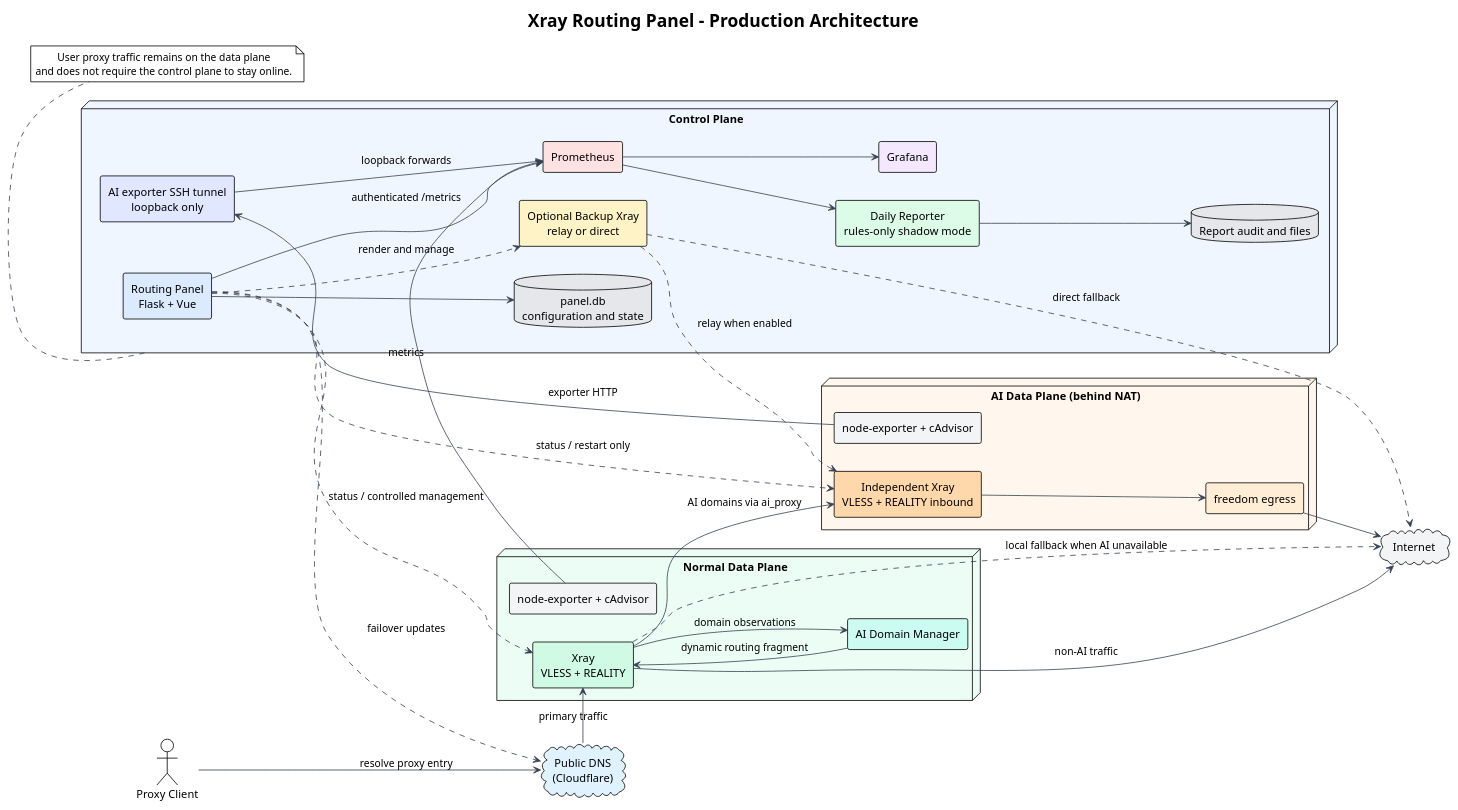
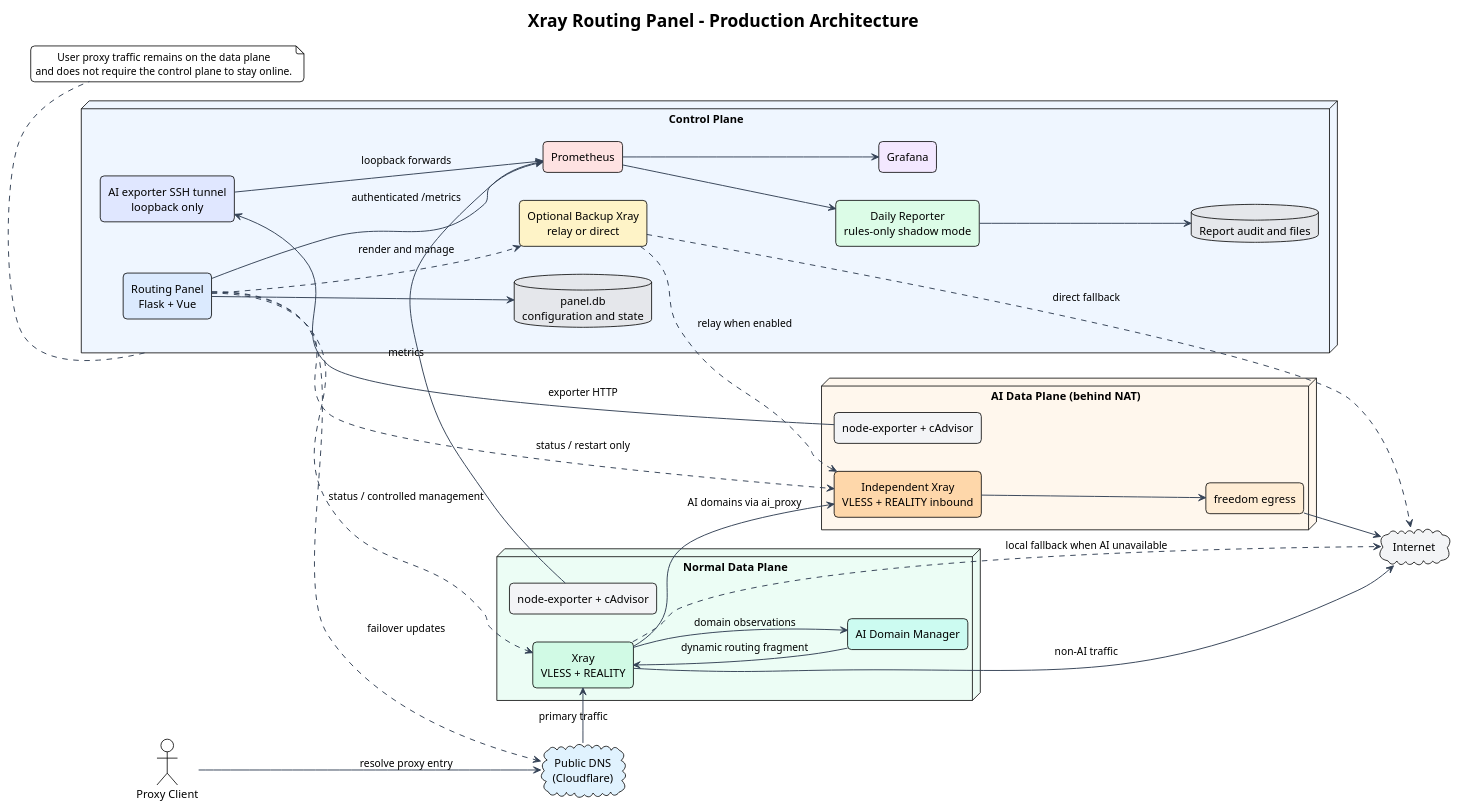
One commit to i-zrhe2016/ai-routing-panel changed the diagram in docs/diagrams/system-architecture.puml. Above: the diagram before and after it, drawn with PlantUML. The commit also changed 12 other files, not shown here.

Commit message:
Redraw all documentation diagrams

```diff
--- a/docs/diagrams/system-architecture.puml
+++ b/docs/diagrams/system-architecture.puml
@@ -1,71 +1,75 @@
 @startuml
 !theme plain
 left to right direction
 skinparam backgroundColor #FFFFFF
 skinparam componentStyle rectangle
-skinparam ArrowColor #374151
+skinparam shadowing false
+skinparam roundcorner 10
+skinparam ArrowColor #334155
+skinparam ArrowThickness 1.2
+skinparam defaultFontName Arial
 skinparam defaultTextAlignment center
 
 title Xray Routing Panel - Production Architecture
 
 actor "Proxy Client" as client
 cloud "Public DNS\n(Cloudflare)" as dns #E0F2FE
 
 node "Control Plane" as control #EFF6FF {
   component "Routing Panel\nFlask + Vue" as panel #DBEAFE
   database "panel.db\nconfiguration and state" as paneldb #E5E7EB
   component "Optional Backup Xray\nrelay or direct" as backup #FEF3C7
   component "Prometheus" as prometheus #FEE2E2
   component "Grafana" as grafana #F3E8FF
   component "Daily Reporter\nrules-only shadow mode" as reporter #DCFCE7
   database "Report audit and files" as reports #E5E7EB
   component "AI exporter SSH tunnel\nloopback only" as tunnel #E0E7FF
 }
 
 node "Normal Data Plane" as normal #ECFDF5 {
   component "Xray\nVLESS + REALITY" as normalXray #D1FAE5
   component "AI Domain Manager" as domainManager #CCFBF1
   component "node-exporter + cAdvisor" as normalMetrics #F3F4F6
 }
 
 node "AI Data Plane (behind NAT)" as ai #FFF7ED {
   component "Independent Xray\nVLESS + REALITY inbound" as aiXray #FED7AA
   component "freedom egress" as aiEgress #FFEDD5
   component "node-exporter + cAdvisor" as aiMetrics #F3F4F6
 }
 
 cloud "Internet" as internet #F3F4F6
 
 client --> dns : resolve proxy entry
 dns --> normalXray : primary traffic
 normalXray --> internet : non-AI traffic
 normalXray --> aiXray : AI domains via ai_proxy
 aiXray --> aiEgress
 aiEgress --> internet
 normalXray ..> internet : local fallback when AI unavailable
 
 panel --> paneldb
 panel ..> normalXray : status / controlled management
 panel ..> aiXray : status / restart only
 panel ..> dns : failover updates
 panel ..> backup : render and manage
 backup ..> aiXray : relay when enabled
 backup ..> internet : direct fallback
 
 domainManager --> normalXray : dynamic routing fragment
 normalXray --> domainManager : domain observations
 
 panel --> prometheus : authenticated /metrics
 normalMetrics --> prometheus : metrics
 aiMetrics --> tunnel : exporter HTTP
 tunnel --> prometheus : loopback forwards
 prometheus --> grafana
 prometheus --> reporter
 reporter --> reports
 
 note bottom of control
   User proxy traffic remains on the data plane
   and does not require the control plane to stay online.
 end note
 
 @enduml
```
